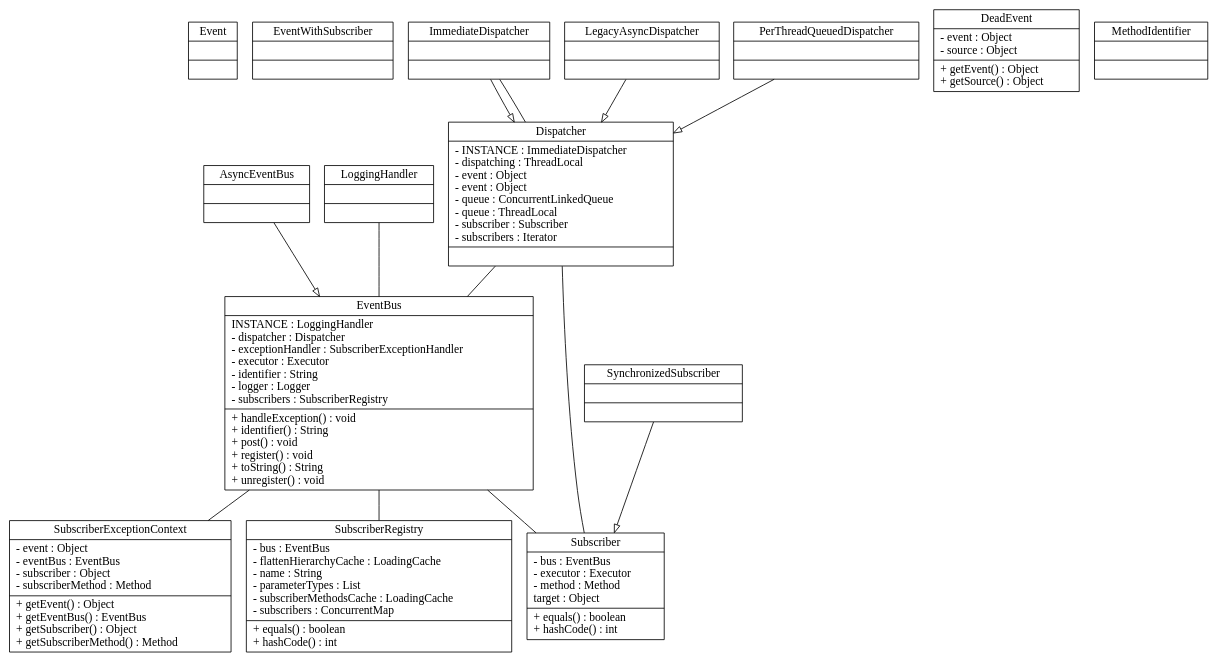
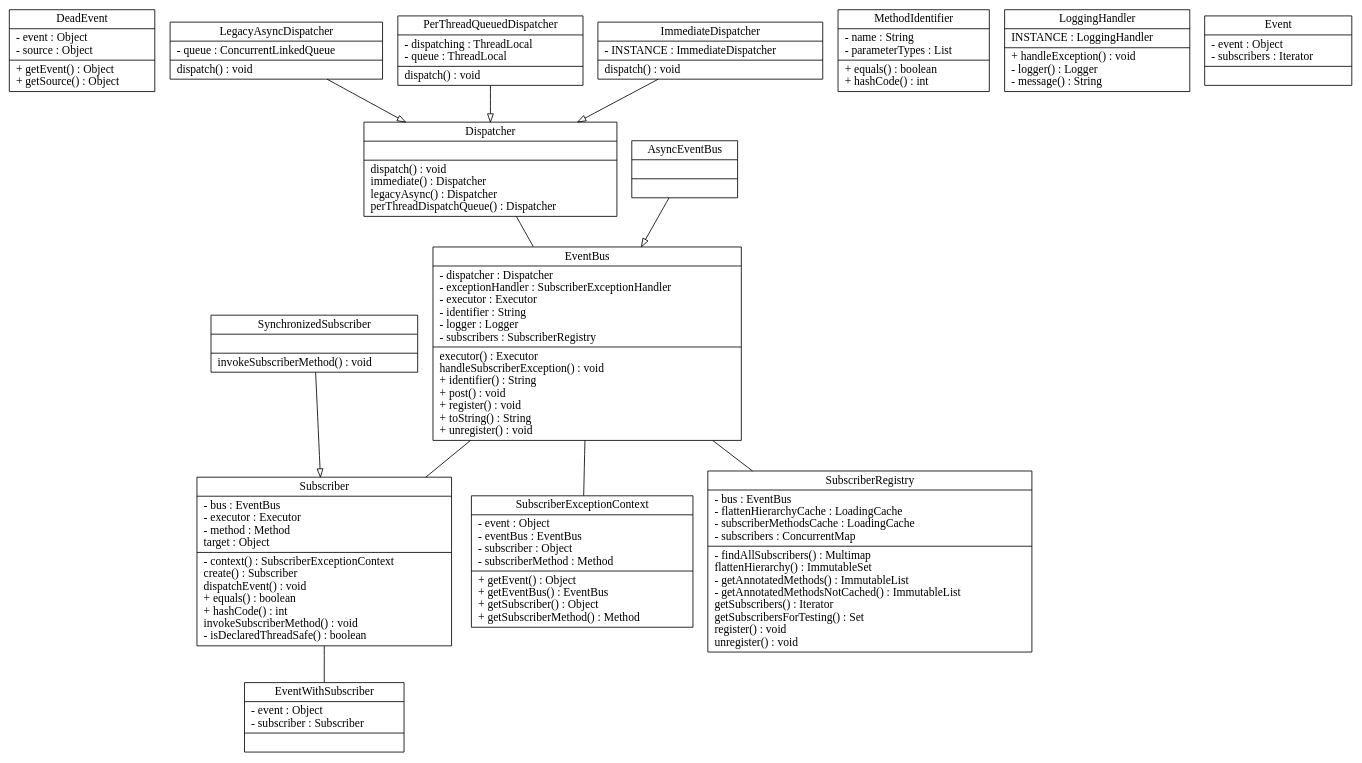
The diagram in doc/guava-eventbus.dot (ruben2020/tags2uml), drawn with Graphviz before and after one commit. The commit also changed 3 other files, not shown here.

```diff
--- a/doc/guava-eventbus.dot
+++ b/doc/guava-eventbus.dot
@@ -1,29 +1,25 @@
 digraph G {
-n4 [label="{Event||}" style=filled fillcolor="#ffffff" shape="record"];
-n6 [label="{EventWithSubscriber||}" style=filled fillcolor="#ffffff" shape="record"];
-n7 [label="{ImmediateDispatcher||}" style=filled fillcolor="#ffffff" shape="record"];
+n2 [label="{DeadEvent|- event : Object\l- source : Object\l|+ getEvent() : Object\l+ getSource() : Object\l}" style=filled fillcolor="#ffffff" shape="record"];
+n8 [label="{LegacyAsyncDispatcher|- queue : ConcurrentLinkedQueue\l|  dispatch() : void\l}" style=filled fillcolor="#ffffff" shape="record"];
+n11 [label="{PerThreadQueuedDispatcher|- dispatching : ThreadLocal\l- queue : ThreadLocal\l|  dispatch() : void\l}" style=filled fillcolor="#ffffff" shape="record"];
+n6 [label="{EventWithSubscriber|- event : Object\l- subscriber : Subscriber\l|}" style=filled fillcolor="#ffffff" shape="record"];
+n10 [label="{MethodIdentifier|- name : String\l- parameterTypes : List\l|+ equals() : boolean\l+ hashCode() : int\l}" style=filled fillcolor="#ffffff" shape="record"];
+n12 [label="{Subscriber|- bus : EventBus\l- executor : Executor\l- method : Method\l  target : Object\l|- context() : SubscriberExceptionContext\l  create() : Subscriber\l  dispatchEvent() : void\l+ equals() : boolean\l+ hashCode() : int\l  invokeSubscriberMethod() : void\l- isDeclaredThreadSafe() : boolean\l}" style=filled fillcolor="#ffffff" shape="record"];
 n13 [label="{SubscriberExceptionContext|- event : Object\l- eventBus : EventBus\l- subscriber : Object\l- subscriberMethod : Method\l|+ getEvent() : Object\l+ getEventBus() : EventBus\l+ getSubscriber() : Object\l+ getSubscriberMethod() : Method\l}" style=filled fillcolor="#ffffff" shape="record"];
-n15 [label="{SynchronizedSubscriber||}" style=filled fillcolor="#ffffff" shape="record"];
+n15 [label="{SynchronizedSubscriber||  invokeSubscriberMethod() : void\l}" style=filled fillcolor="#ffffff" shape="record"];
 n1 [label="{AsyncEventBus||}" style=filled fillcolor="#ffffff" shape="record"];
-n3 [label="{Dispatcher|- INSTANCE : ImmediateDispatcher\l- dispatching : ThreadLocal\l- event : Object\l- event : Object\l- queue : ConcurrentLinkedQueue\l- queue : ThreadLocal\l- subscriber : Subscriber\l- subscribers : Iterator\l|}" style=filled fillcolor="#ffffff" shape="record"];
-n8 [label="{LegacyAsyncDispatcher||}" style=filled fillcolor="#ffffff" shape="record"];
-n9 [label="{LoggingHandler||}" style=filled fillcolor="#ffffff" shape="record"];
-n11 [label="{PerThreadQueuedDispatcher||}" style=filled fillcolor="#ffffff" shape="record"];
-n12 [label="{Subscriber|- bus : EventBus\l- executor : Executor\l- method : Method\l  target : Object\l|+ equals() : boolean\l+ hashCode() : int\l}" style=filled fillcolor="#ffffff" shape="record"];
-n14 [label="{SubscriberRegistry|- bus : EventBus\l- flattenHierarchyCache : LoadingCache\l- name : String\l- parameterTypes : List\l- subscriberMethodsCache : LoadingCache\l- subscribers : ConcurrentMap\l|+ equals() : boolean\l+ hashCode() : int\l}" style=filled fillcolor="#ffffff" shape="record"];
-n2 [label="{DeadEvent|- event : Object\l- source : Object\l|+ getEvent() : Object\l+ getSource() : Object\l}" style=filled fillcolor="#ffffff" shape="record"];
-n5 [label="{EventBus|  INSTANCE : LoggingHandler\l- dispatcher : Dispatcher\l- exceptionHandler : SubscriberExceptionHandler\l- executor : Executor\l- identifier : String\l- logger : Logger\l- subscribers : SubscriberRegistry\l|+ handleException() : void\l+ identifier() : String\l+ post() : void\l+ register() : void\l+ toString() : String\l+ unregister() : void\l}" style=filled fillcolor="#ffffff" shape="record"];
-n10 [label="{MethodIdentifier||}" style=filled fillcolor="#ffffff" shape="record"];
-n7 -> n3 [arrowhead="empty"];
+n3 [label="{Dispatcher||  dispatch() : void\l  immediate() : Dispatcher\l  legacyAsync() : Dispatcher\l  perThreadDispatchQueue() : Dispatcher\l}" style=filled fillcolor="#ffffff" shape="record"];
+n9 [label="{LoggingHandler|  INSTANCE : LoggingHandler\l|+ handleException() : void\l- logger() : Logger\l- message() : String\l}" style=filled fillcolor="#ffffff" shape="record"];
+n14 [label="{SubscriberRegistry|- bus : EventBus\l- flattenHierarchyCache : LoadingCache\l- subscriberMethodsCache : LoadingCache\l- subscribers : ConcurrentMap\l|- findAllSubscribers() : Multimap\l  flattenHierarchy() : ImmutableSet\l- getAnnotatedMethods() : ImmutableList\l- getAnnotatedMethodsNotCached() : ImmutableList\l  getSubscribers() : Iterator\l  getSubscribersForTesting() : Set\l  register() : void\l  unregister() : void\l}" style=filled fillcolor="#ffffff" shape="record"];
+n4 [label="{Event|- event : Object\l- subscribers : Iterator\l|}" style=filled fillcolor="#ffffff" shape="record"];
+n5 [label="{EventBus|- dispatcher : Dispatcher\l- exceptionHandler : SubscriberExceptionHandler\l- executor : Executor\l- identifier : String\l- logger : Logger\l- subscribers : SubscriberRegistry\l|  executor() : Executor\l  handleSubscriberException() : void\l+ identifier() : String\l+ post() : void\l+ register() : void\l+ toString() : String\l+ unregister() : void\l}" style=filled fillcolor="#ffffff" shape="record"];
+n7 [label="{ImmediateDispatcher|- INSTANCE : ImmediateDispatcher\l|  dispatch() : void\l}" style=filled fillcolor="#ffffff" shape="record"];
+n12 -> n6 [arrowhead="none"];
+n5 -> n12 [arrowhead="none"];
 n5 -> n13 [arrowhead="none"];
-n15 -> n12 [arrowhead="empty"];
-n1 -> n5 [arrowhead="empty"];
-n7 -> n3 [arrowhead="none"];
-n12 -> n3 [arrowhead="none"];
-n8 -> n3 [arrowhead="empty"];
-n11 -> n3 [arrowhead="empty"];
-n5 -> n12 [arrowhead="none"];
 n5 -> n14 [arrowhead="none"];
-n9 -> n5 [arrowhead="none"];
 n3 -> n5 [arrowhead="none"];
+{ n15 } -> n12 [arrowhead="empty"];
+{ n1 } -> n5 [arrowhead="empty"];
+{ n7 n8 n11 } -> n3 [arrowhead="empty"];
 }
```
